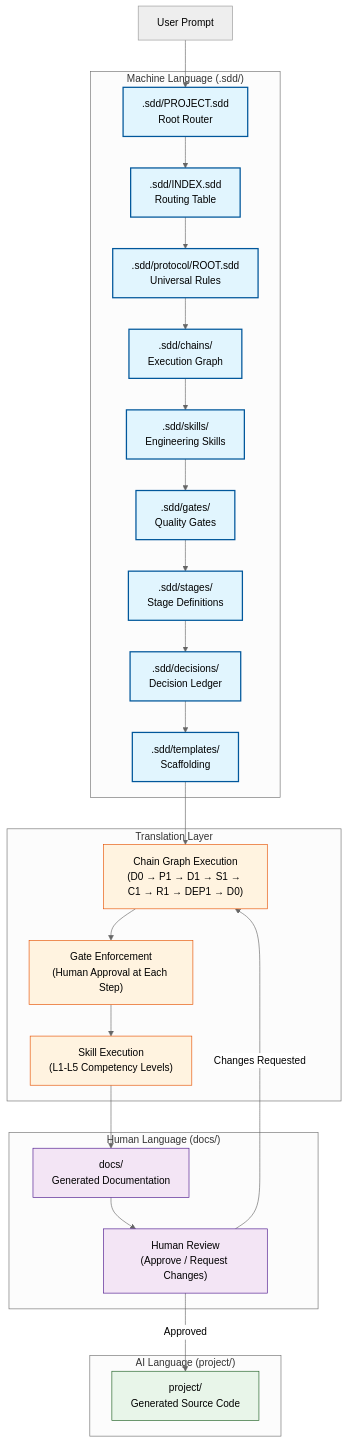
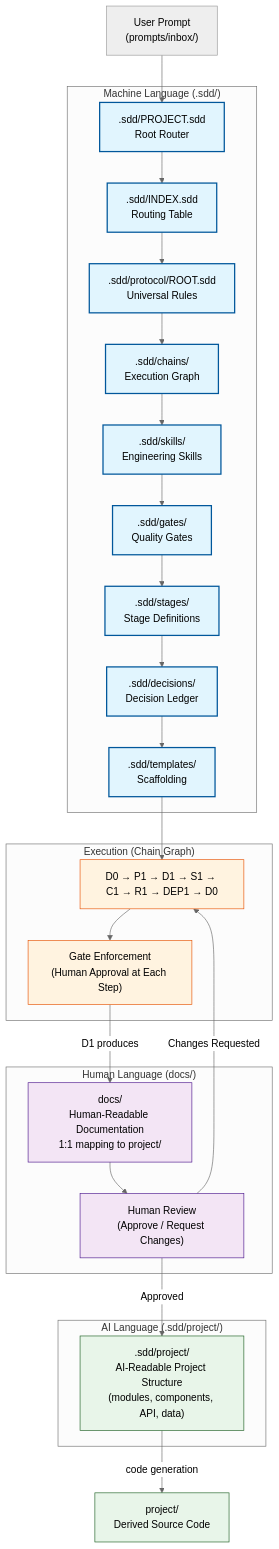
The sixth of 21 diagrams in README.md (sdd-ra/sddra), drawn with Mermaid (neutral theme) before and after one commit. The commit also changed other lines of this file, not shown here.

First line of the commit message:
docs(commands): add SDD health check and update commands

````diff
--- a/README.md
+++ b/README.md
@@ -263,58 +257,56 @@
 ```mermaid
 graph TB
     subgraph "Machine Language (.sdd/)"
         PROJ_SPEC[".sdd/PROJECT.sdd<br/>Root Router"]
         INDEX[".sdd/INDEX.sdd<br/>Routing Table"]
         PROTO[".sdd/protocol/ROOT.sdd<br/>Universal Rules"]
         CHAINS[".sdd/chains/<br/>Execution Graph"]
         SKILLS[".sdd/skills/<br/>Engineering Skills"]
         GATES[".sdd/gates/<br/>Quality Gates"]
         STAGES[".sdd/stages/<br/>Stage Definitions"]
         DECISIONS[".sdd/decisions/<br/>Decision Ledger"]
         TEMPLATES[".sdd/templates/<br/>Scaffolding"]
     end
 
-    subgraph "Translation Layer"
-        CHAIN_EXEC["Chain Graph Execution<br/>(D0 → P1 → D1 → S1 → C1 → R1 → DEP1 → D0)"]
-        GATE_ENFORCE["Gate Enforcement<br/>(Human Approval at Each Step)"]
-        SKILL_EXEC["Skill Execution<br/>(L1-L5 Competency Levels)"]
-    end
-
-    subgraph "AI Language (project/)"
-        SOURCE_CODE["project/<br/>Generated Source Code"]
+    subgraph "AI Language (.sdd/project/)"
+        AI_PROJ[".sdd/project/<br/>AI-Readable Project Structure<br/>(modules, components, API, data)"]
     end
 
     subgraph "Human Language (docs/)"
-        HUMAN_DOCS["docs/<br/>Generated Documentation"]
+        HUMAN_DOCS["docs/<br/>Human-Readable Documentation<br/>1:1 mapping to project/"]
         HUMAN_REVIEW["Human Review<br/>(Approve / Request Changes)"]
     end
 
-    USER_PROMPT["User Prompt"] --> PROJ_SPEC
+    subgraph "Execution (Chain Graph)"
+        CHAIN_EXEC["D0 → P1 → D1 → S1 → C1 → R1 → DEP1 → D0"]
+        GATE_ENFORCE["Gate Enforcement<br/>(Human Approval at Each Step)"]
+    end
+
+    USER_PROMPT["User Prompt<br/>(prompts/inbox/)"] --> PROJ_SPEC
     PROJ_SPEC --> INDEX
     INDEX --> PROTO
     PROTO --> CHAINS
     CHAINS --> SKILLS
     SKILLS --> GATES
     GATES --> STAGES
     STAGES --> DECISIONS
     DECISIONS --> TEMPLATES
 
     TEMPLATES --> CHAIN_EXEC
     CHAIN_EXEC --> GATE_ENFORCE
-    GATE_ENFORCE --> SKILL_EXEC
-
-    SKILL_EXEC --> HUMAN_DOCS
+    GATE_ENFORCE -->|"D1 produces"| HUMAN_DOCS
     HUMAN_DOCS --> HUMAN_REVIEW
-    HUMAN_REVIEW -->|"Approved"| SOURCE_CODE
+    HUMAN_REVIEW -->|"Approved"| AI_PROJ
     HUMAN_REVIEW -->|"Changes Requested"| CHAIN_EXEC
+    AI_PROJ -->|"code generation"| SOURCE_CODE["project/<br/>Derived Source Code"]
 
     classDef machine fill:#e1f5fe,stroke:#01579b,stroke-width:2px;
-    classDef translate fill:#fff3e0,stroke:#e65100,stroke-width:1px;
     classDef ai fill:#e8f5e9,stroke:#1b5e20,stroke-width:1px;
     classDef human fill:#f3e5f5,stroke:#4a148c,stroke-width:1px;
+    classDef exec fill:#fff3e0,stroke:#e65100,stroke-width:1px;
 
     class PROJ_SPEC,INDEX,PROTO,CHAINS,SKILLS,GATES,STAGES,DECISIONS,TEMPLATES machine
-    class CHAIN_EXEC,GATE_ENFORCE,SKILL_EXEC translate
-    class SOURCE_CODE ai
+    class AI_PROJ,SOURCE_CODE ai
     class HUMAN_DOCS,HUMAN_REVIEW human
+    class CHAIN_EXEC,GATE_ENFORCE exec
 ```
````
